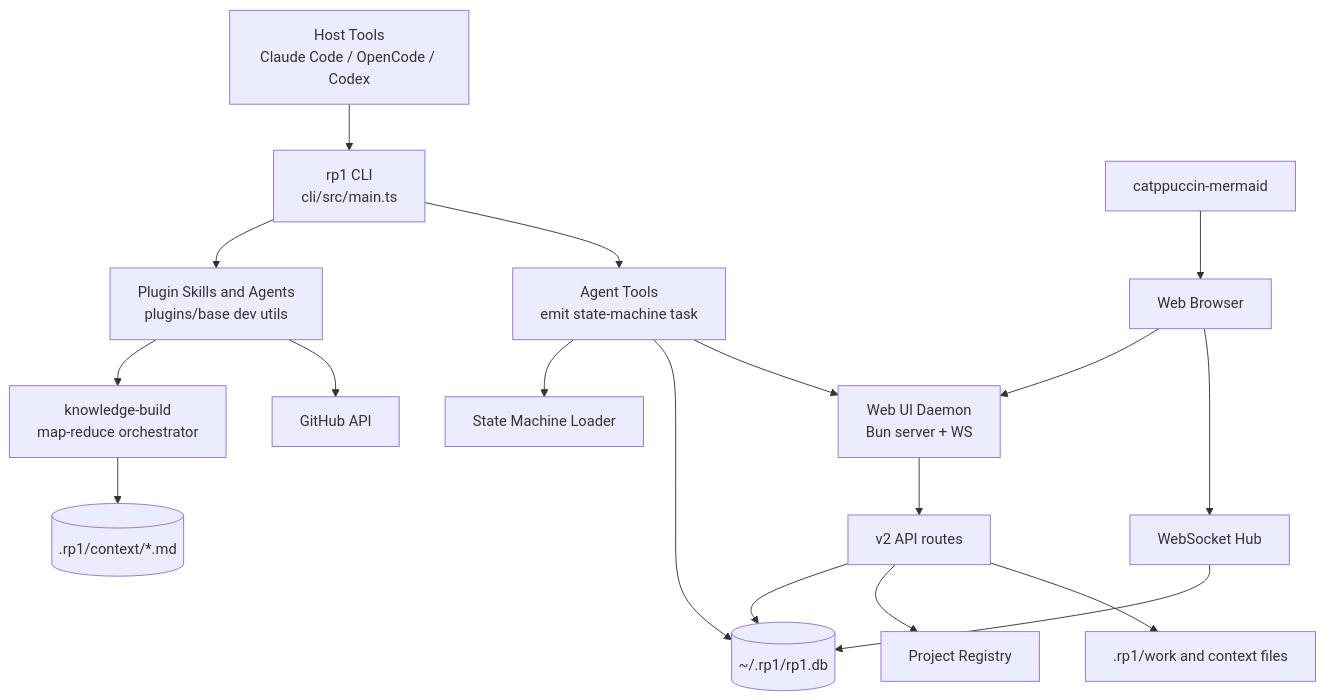
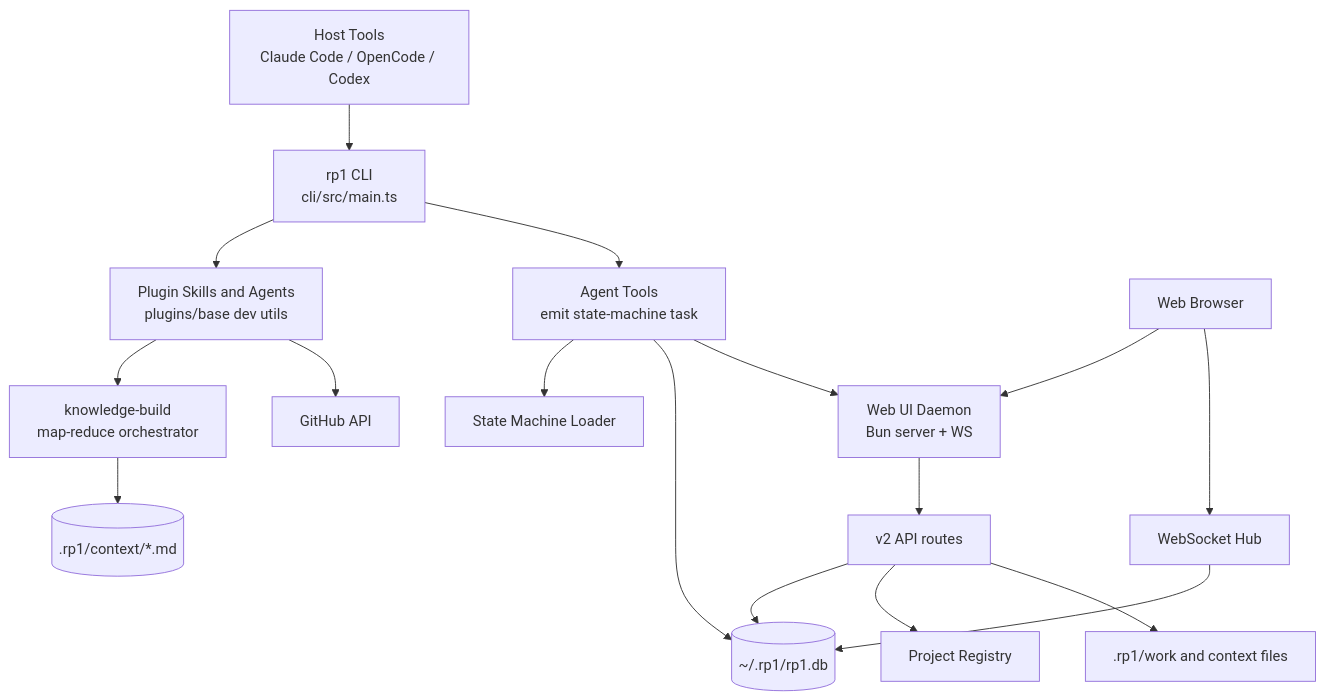
One commit to rp1-run/rp1 changed the diagram in .rp1/context/architecture.md. Above: the diagram before and after it, drawn with Mermaid. The commit also changed other lines of this file and 48 other files, not shown here.

````diff
--- a/.rp1/context/architecture.md
+++ b/.rp1/context/architecture.md
@@ -13,20 +13,19 @@
 ```mermaid
 flowchart TB
     Host["Host Tools\nClaude Code / OpenCode / Codex"] --> CLI["rp1 CLI\ncli/src/main.ts"]
     CLI --> Skills["Plugin Skills and Agents\nplugins/base dev utils"]
     CLI --> Tools["Agent Tools\nemit state-machine task"]
     Skills --> KBBuild["knowledge-build\nmap-reduce orchestrator"]
     KBBuild --> KBFiles[(".rp1/context/*.md")]
     Tools --> SM["State Machine Loader"]
     Tools --> EmitDB[("~/.rp1/rp1.db")]
     Tools --> Daemon["Web UI Daemon\nBun server + WS"]
     Daemon --> API["v2 API routes"]
     API --> EmitDB
     API --> Registry["Project Registry"]
     API --> Workspace[".rp1/work and context files"]
     Browser["Web Browser"] --> Daemon
     Browser --> WS["WebSocket Hub"]
     WS --> EmitDB
-    Theme["catppuccin-mermaid"] --> Browser
     Skills --> GitHub["GitHub API"]
 ```
````
